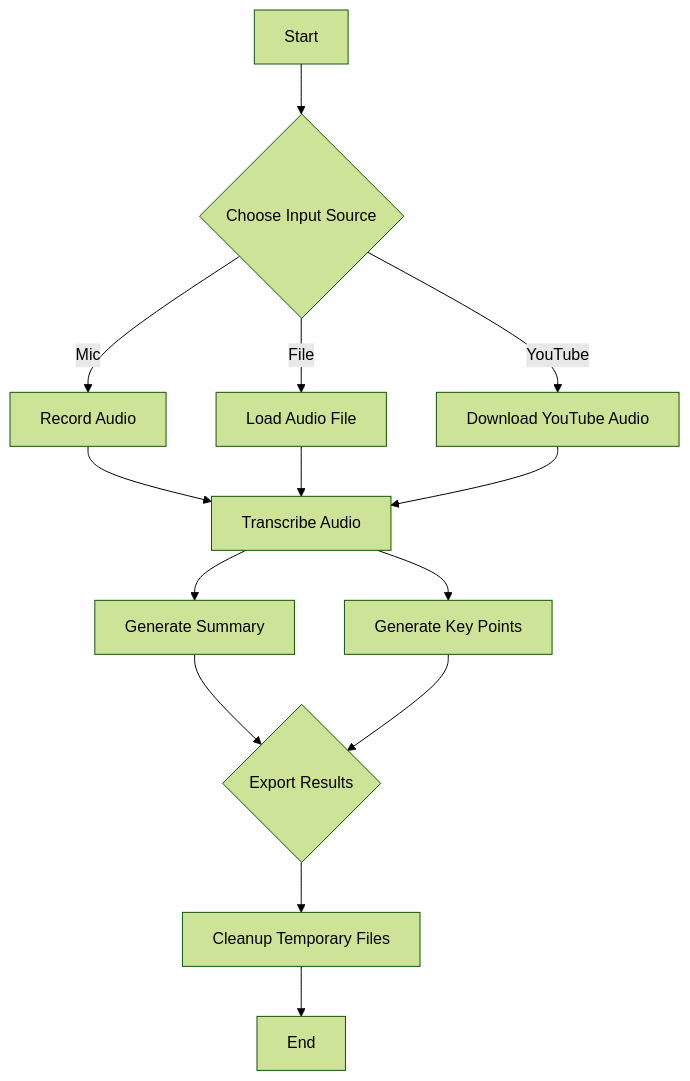
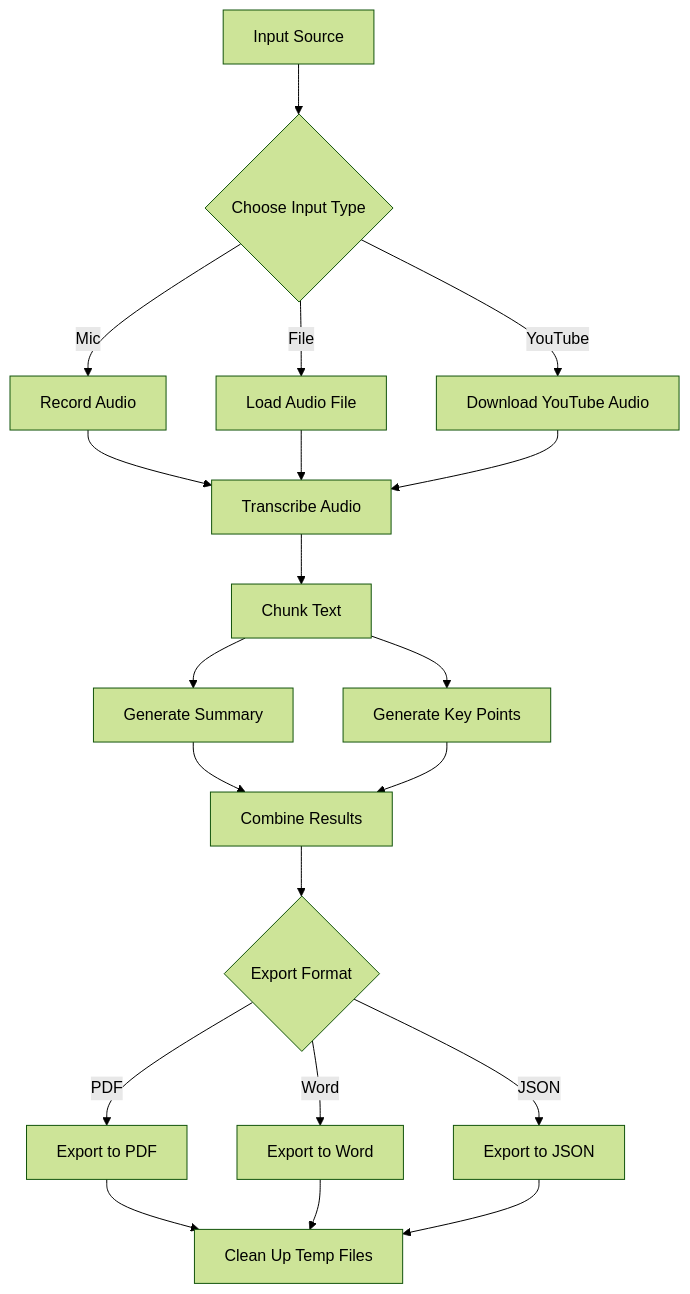
Before and after one commit to test-company-prowiz/Note-Summerizer: the diagram in docs/lecture4.py.md, drawn with Mermaid (forest theme). The commit also changed other lines of this file, not shown here.

````diff
--- a/docs/lecture4.py.md
+++ b/docs/lecture4.py.md
@@ -51,16 +58,22 @@
 ```mermaid
 graph TD
-A[Start] --> B{Choose Input Source}
+A[Input Source] --> B{Choose Input Type}
 B -- Mic --> C[Record Audio]
 B -- File --> D[Load Audio File]
 B -- YouTube --> E[Download YouTube Audio]
 C --> F[Transcribe Audio]
 D --> F
 E --> F
-F --> G[Generate Summary]
-F --> H[Generate Key Points]
-G --> I{Export Results}
-H --> I
-I --> J[Cleanup Temporary Files]
-J --> K[End]
+F[Transcribe Audio] --> G[Chunk Text]
+G --> H[Generate Summary]
+G --> I[Generate Key Points]
+H --> J[Combine Results]
+I --> J
+J --> K{Export Format}
+K -- PDF --> L[Export to PDF]
+K -- Word --> M[Export to Word]
+K -- JSON --> N[Export to JSON]
+L --> O[Clean Up Temp Files]
+M --> O
+N --> O
 ```
````
